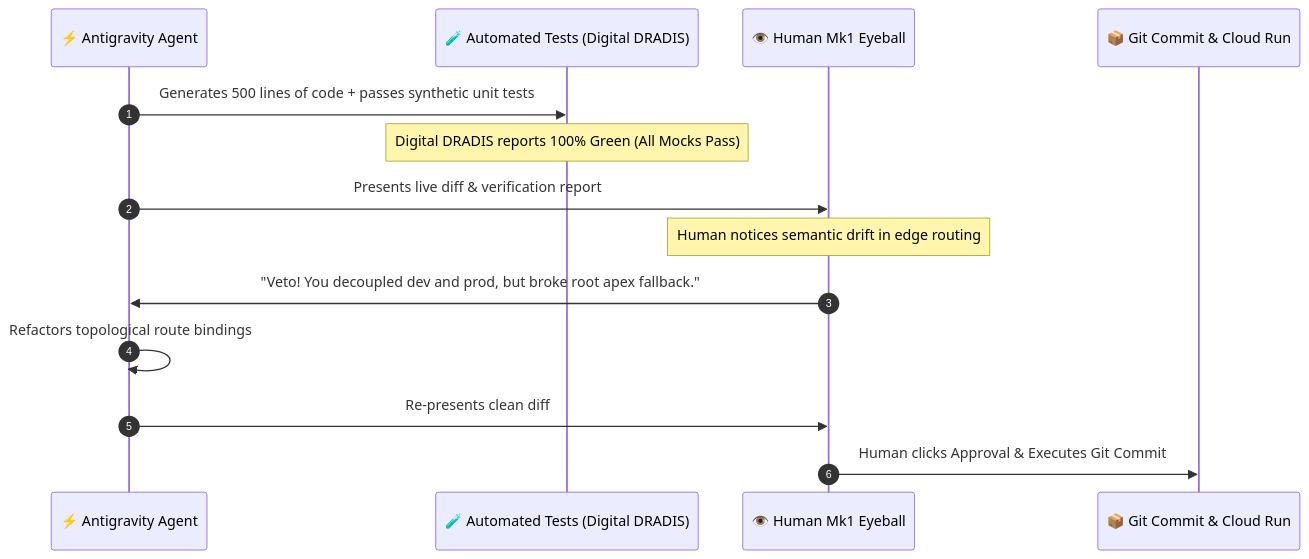
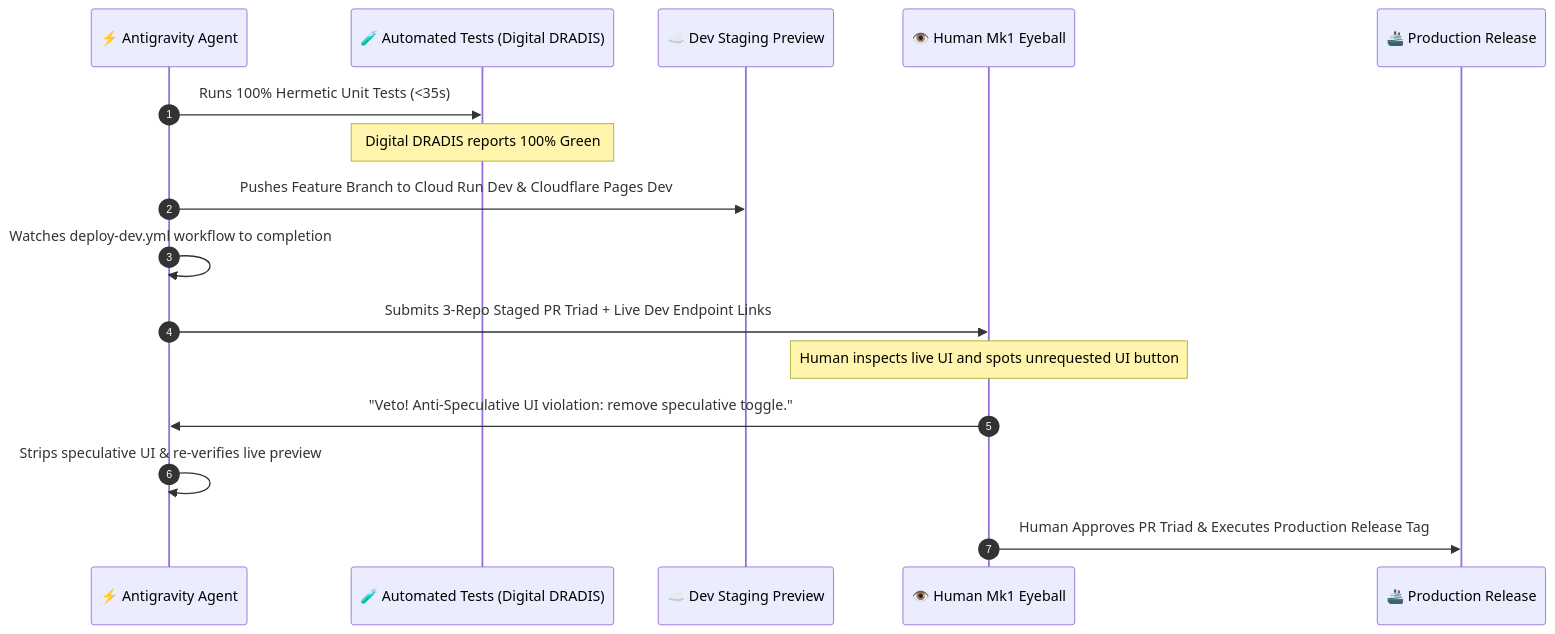
Before and after one commit to artibyrd/credence-docs: the second of 2 diagrams in blog/the-mk1-eyeball-invariant.md, drawn with Mermaid. The commit also changed other lines of this file and 13 other files, not shown here.

````diff
--- a/blog/the-mk1-eyeball-invariant.md
+++ b/blog/the-mk1-eyeball-invariant.md
@@ -82,17 +82,19 @@
 ```mermaid
 sequenceDiagram
     autonumber
     participant AI as ⚡ Antigravity Agent
     participant CI as 🧪 Automated Tests (Digital DRADIS)
+    participant Dev as ☁️ Dev Staging Preview
     participant Mk1 as 👁️ Human Mk1 Eyeball
-    participant Git as 📦 Git Commit & Cloud Run
+    participant Prod as 🚢 Production Release
 
-    AI->>CI: Generates 500 lines of code + passes synthetic unit tests
-    Note over CI: Digital DRADIS reports 100% Green (All Mocks Pass)
-    AI->>Mk1: Presents live diff & verification report
-    Note over Mk1: Human notices semantic drift in edge routing
-    Mk1->>AI: "Veto! You decoupled dev and prod, but broke root apex fallback."
-    AI->>AI: Refactors topological route bindings
-    AI->>Mk1: Re-presents clean diff
-    Mk1->>Git: Human clicks Approval & Executes Git Commit
+    AI->>CI: Runs 100% Hermetic Unit Tests (<35s)
+    Note over CI: Digital DRADIS reports 100% Green
+    AI->>Dev: Pushes Feature Branch to Cloud Run Dev & Cloudflare Pages Dev
+    AI->>AI: Watches deploy-dev.yml workflow to completion
+    AI->>Mk1: Submits 3-Repo Staged PR Triad + Live Dev Endpoint Links
+    Note over Mk1: Human inspects live UI and spots unrequested UI button
+    Mk1->>AI: "Veto! Anti-Speculative UI violation: remove speculative toggle."
+    AI->>AI: Strips speculative UI & re-verifies live preview
+    Mk1->>Prod: Human Approves PR Triad & Executes Production Release Tag
 ```
````
